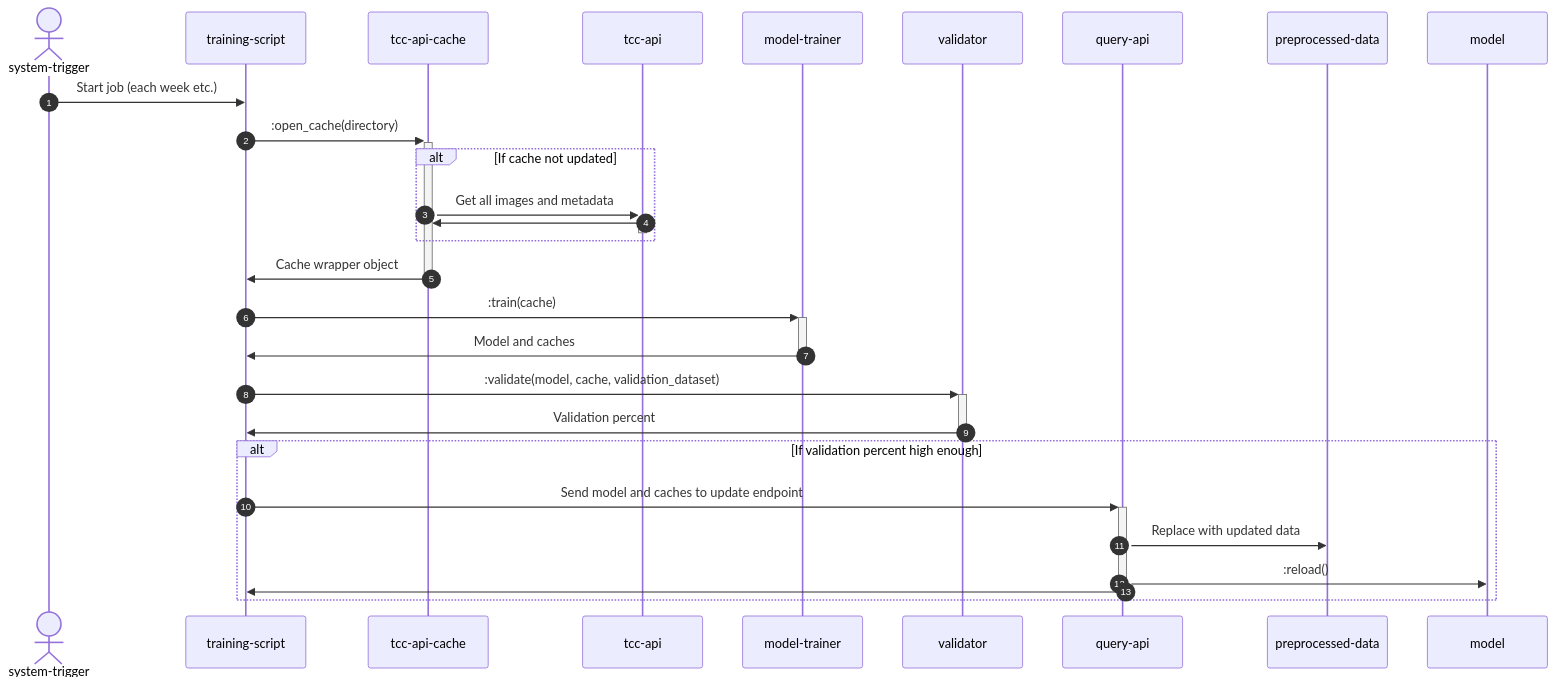
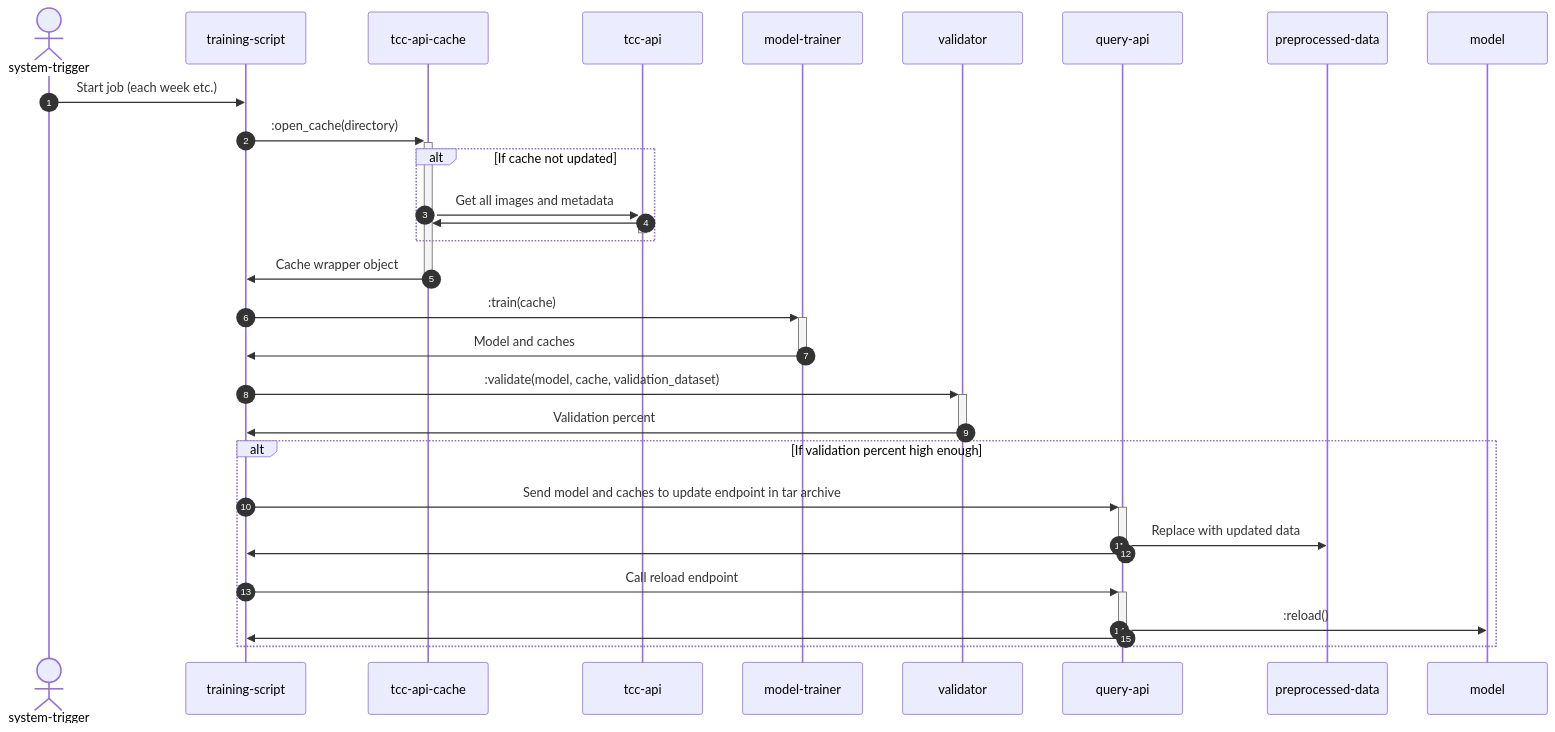
The second of 7 diagrams in docs/UML.md (andyblarblar/transferware.ai), drawn with Mermaid before and after one commit. The commit also changed other lines of this file, not shown here.

Commit message:
Update UML

````diff
--- a/docs/UML.md
+++ b/docs/UML.md
@@ -26,24 +26,26 @@
 ```mermaid
 sequenceDiagram
     autonumber
     actor system-trigger
     
     system-trigger->>training-script: Start job (each week etc.)
     training-script->>+tcc-api-cache: :open_cache(directory)
     alt If cache not updated 
         tcc-api-cache->>+tcc-api: Get all images and metadata
         tcc-api->>-tcc-api-cache: 
     end
     tcc-api-cache->>-training-script: Cache wrapper object
     training-script->>+model-trainer: :train(cache)
     model-trainer->>-training-script: Model and caches
     training-script->>+validator: :validate(model, cache, validation_dataset)
     validator->>-training-script: Validation percent
     alt If validation percent high enough 
-        training-script->>+query-api: Send model and caches to update endpoint
+        training-script->>+query-api: Send model and caches to update endpoint in tar archive
         query-api->>preprocessed-data: Replace with updated data
+        query-api->>-training-script: 
+        training-script->>+query-api: Call reload endpoint
         query-api->>model: :reload()
         query-api->>-training-script: 
     end
     
 ```
````
